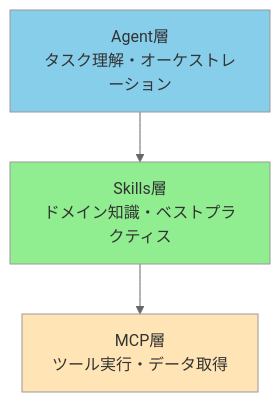
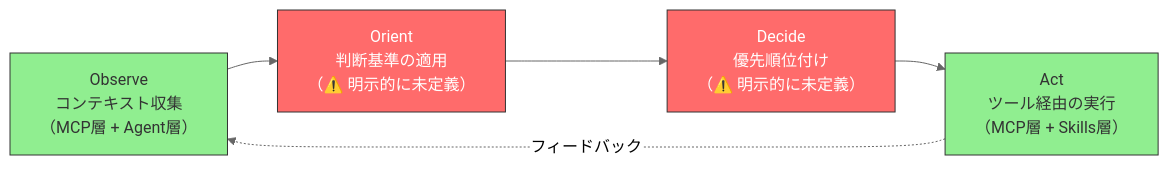
One commit to shuji-bonji/ai-agent-architecture changed the second of 9 diagrams in docs/ja/concepts/07-doctrine-and-intent.md. Above: the diagram before and after it, drawn with Mermaid (neutral theme). The commit also changed other lines of this file, not shown here.

````diff
--- a/docs/ja/concepts/07-doctrine-and-intent.md
+++ b/docs/ja/concepts/07-doctrine-and-intent.md
@@ -87,13 +87,15 @@
 ```mermaid
-graph TB
-    AGENT["Agent層<br/>タスク理解・オーケストレーション"]
-    SKILLS["Skills層<br/>ドメイン知識・ベストプラクティス"]
-    MCP["MCP層<br/>ツール実行・データ取得"]
+flowchart LR
+    O1["Observe<br/>コンテキスト収集<br/>（MCP層 + Agent層）"]
+    O2["Orient<br/>判断基準の適用<br/>（⚠️ 明示的に未定義）"]
+    D["Decide<br/>優先順位付け<br/>（⚠️ 明示的に未定義）"]
+    A["Act<br/>ツール経由の実行<br/>（MCP層 + Skills層）"]
 
-    AGENT --> SKILLS
-    SKILLS --> MCP
+    O1 --> O2 --> D --> A
+    A -.->|フィードバック| O1
 
-    style AGENT fill:#87CEEB,color:#333
-    style SKILLS fill:#90EE90,color:#333
-    style MCP fill:#FFE4B5,color:#333
+    style O1 fill:#90EE90,color:#333,stroke:#333
+    style O2 fill:#FF6B6B,color:#fff,stroke:#333
+    style D fill:#FF6B6B,color:#fff,stroke:#333
+    style A fill:#90EE90,color:#333,stroke:#333
 ```
````
